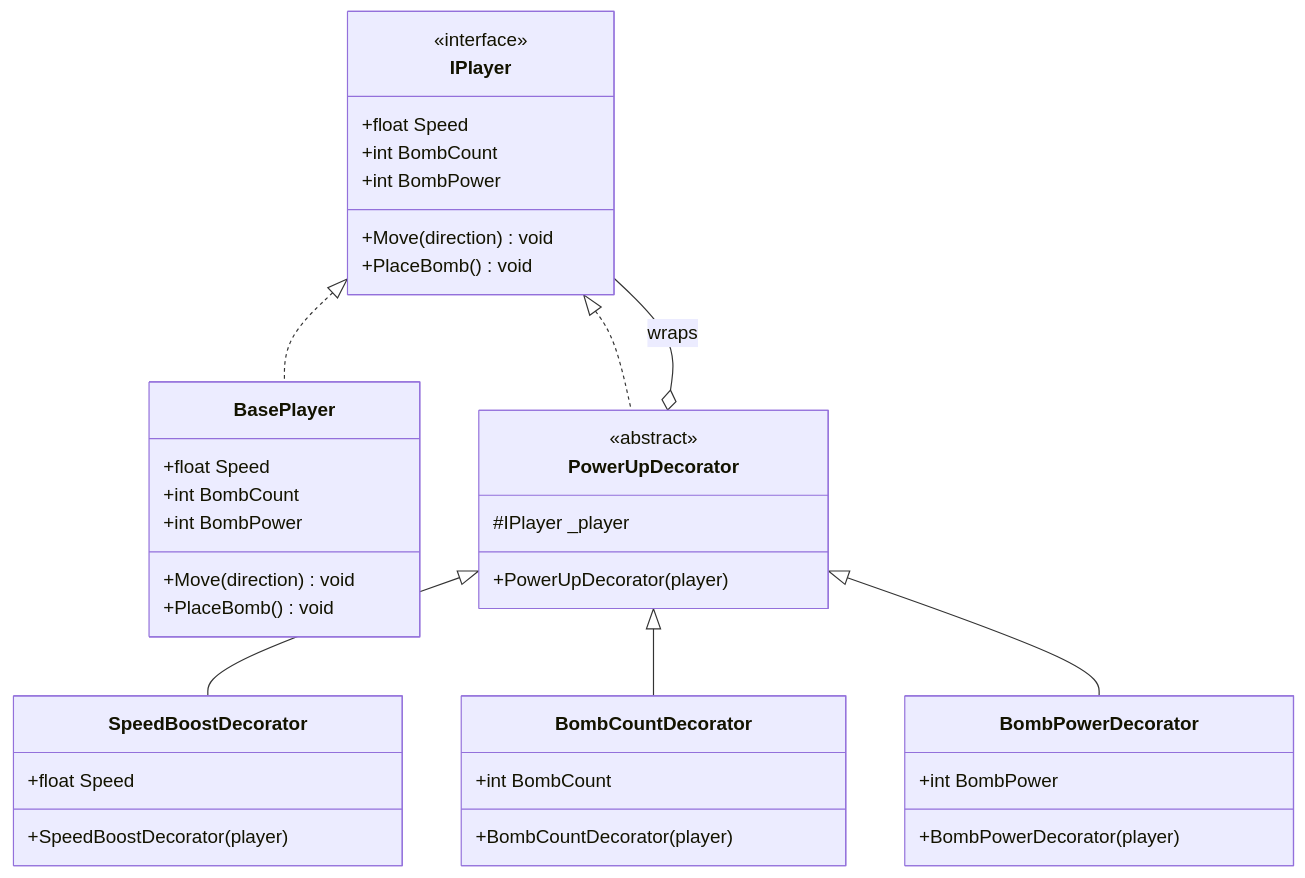
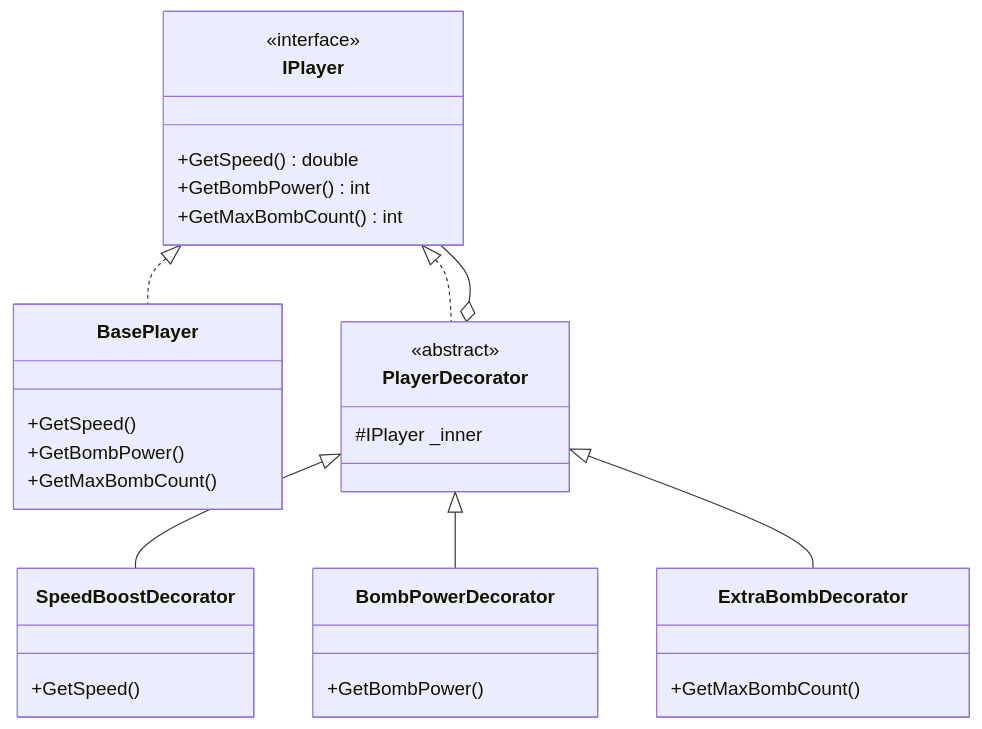
Before and after one commit to sudedincer/BombermanWithDesignPatterns: the seventh of 11 diagrams in DESIGN_DOCUMENT.md, drawn with Mermaid. The commit also changed other lines of this file and 1 other file, not shown here.

````diff
--- a/DESIGN_DOCUMENT.md
+++ b/DESIGN_DOCUMENT.md
@@ -879,47 +703,39 @@
 ```mermaid
 classDiagram
     class IPlayer {
         <<interface>>
-        +float Speed
-        +int BombCount
-        +int BombPower
-        +Move(direction) void
-        +PlaceBomb() void
+        +GetSpeed() double
+        +GetBombPower() int
+        +GetMaxBombCount() int
     }
     
     class BasePlayer {
-        +float Speed
-        +int BombCount
-        +int BombPower
-        +Move(direction) void
-        +PlaceBomb() void
+        +GetSpeed()
+        +GetBombPower()
+        +GetMaxBombCount()
     }
     
-    class PowerUpDecorator {
+    class PlayerDecorator {
         <<abstract>>
-        #IPlayer _player
-        +PowerUpDecorator(player)
+        #IPlayer _inner
     }
     
     class SpeedBoostDecorator {
-        +float Speed
-        +SpeedBoostDecorator(player)
-    }
-    
-    class BombCountDecorator {
-        +int BombCount
-        +BombCountDecorator(player)
+        +GetSpeed()
     }
     
     class BombPowerDecorator {
-        +int BombPower
-        +BombPowerDecorator(player)
+        +GetBombPower()
+    }
+    
+    class ExtraBombDecorator {
+        +GetMaxBombCount()
     }
     
     IPlayer <|.. BasePlayer
-    IPlayer <|.. PowerUpDecorator
-    PowerUpDecorator <|-- SpeedBoostDecorator
-    PowerUpDecorator <|-- BombCountDecorator
-    PowerUpDecorator <|-- BombPowerDecorator
-    PowerUpDecorator o-- IPlayer : wraps
+    IPlayer <|.. PlayerDecorator
+    PlayerDecorator <|-- SpeedBoostDecorator
+    PlayerDecorator <|-- BombPowerDecorator
+    PlayerDecorator <|-- ExtraBombDecorator
+    PlayerDecorator o-- IPlayer
 ```
````
